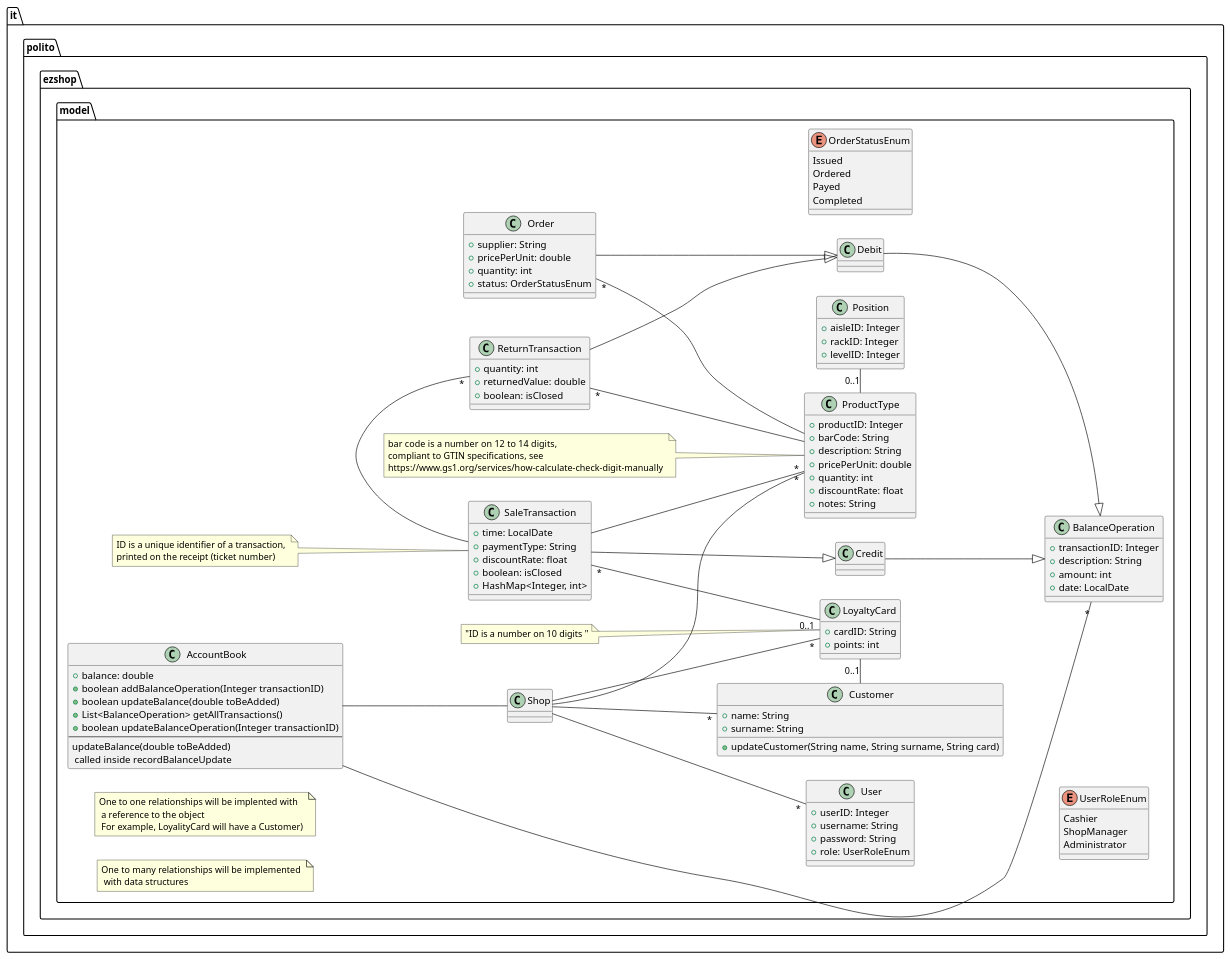
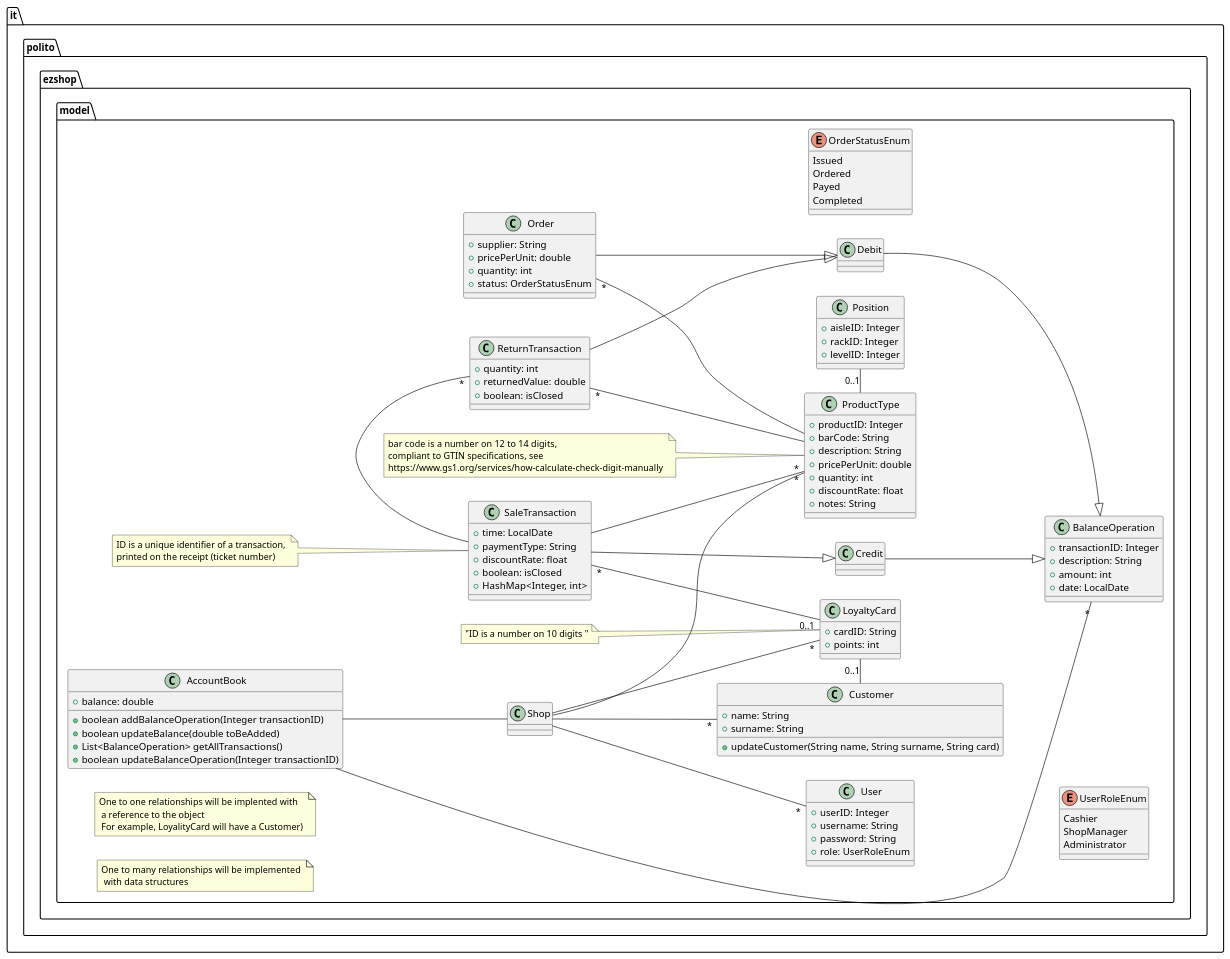
The third of 23 diagrams in Deliverables/DesignDocument.md (Stormz4/group20-EzShop), drawn with PlantUML before and after one commit. The commit also changed other lines of this file, not shown here.

Commit message:
Doc: User setted as actor in sequence diagrams.

```diff
--- a/Deliverables/DesignDocument.md
+++ b/Deliverables/DesignDocument.md
@@ -191,8 +191,6 @@
  +boolean updateBalance(double toBeAdded)
  +List<BalanceOperation> getAllTransactions()
  +boolean updateBalanceOperation(Integer transactionID)
- --
- updateBalance(double toBeAdded)\n called inside recordBalanceUpdate
 }
 AccountBook -down- Shop
 class BalanceOperation {
```
